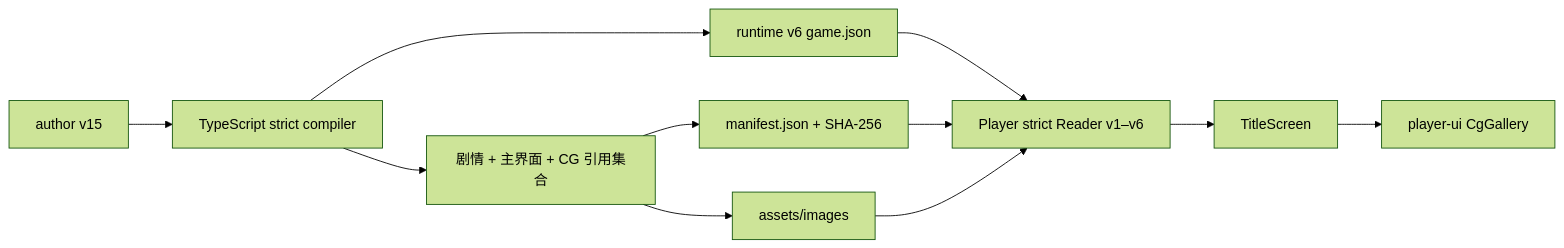
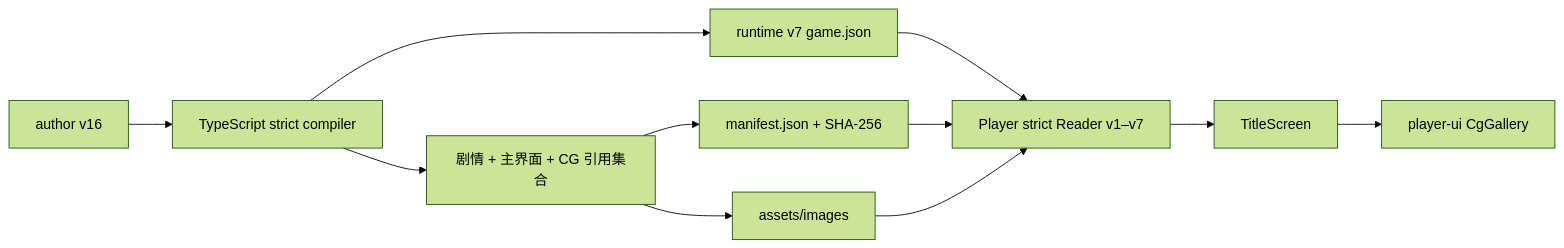
One commit to DarkboyRyan/Scratch-Novel-Engine changed the second of 2 diagrams in docs/cg-gallery-implementation.md. Above: the diagram before and after it, drawn with Mermaid (forest theme). The commit also changed other lines of this file and 115 other files, not shown here.

````diff
--- a/docs/cg-gallery-implementation.md
+++ b/docs/cg-gallery-implementation.md
@@ -92,13 +94,13 @@
 ```mermaid
 flowchart LR
-  AUTHOR["author v15"] --> COMPILER["TypeScript strict compiler"]
-  COMPILER --> GAME["runtime v6 game.json"]
+  AUTHOR["author v16"] --> COMPILER["TypeScript strict compiler"]
+  COMPILER --> GAME["runtime v7 game.json"]
   COMPILER --> REFERENCES["剧情 + 主界面 + CG 引用集合"]
   REFERENCES --> MANIFEST["manifest.json + SHA-256"]
   REFERENCES --> MEDIA["assets/images"]
-  GAME --> READER["Player strict Reader v1–v6"]
+  GAME --> READER["Player strict Reader v1–v7"]
   MANIFEST --> READER
   MEDIA --> READER
   READER --> TITLE["TitleScreen"]
   TITLE --> GALLERY["player-ui CgGallery"]
 ```
````
